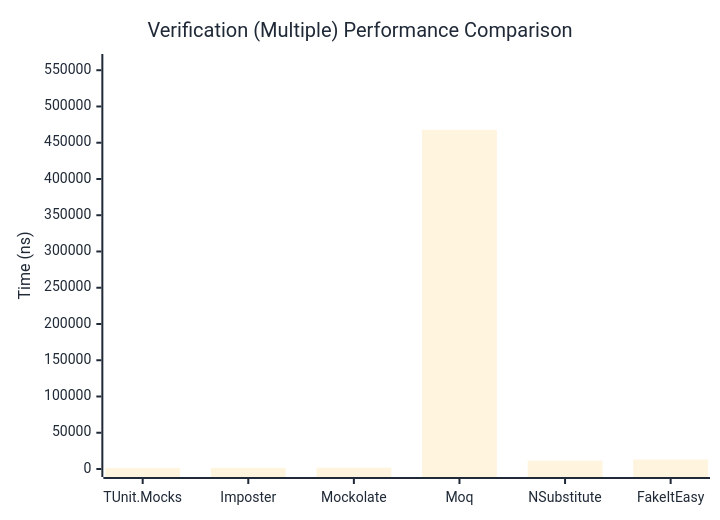
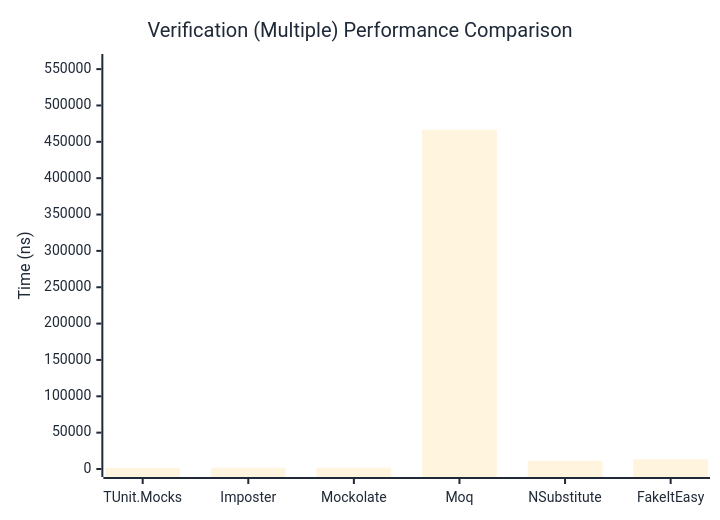
The third of 3 diagrams in docs/docs/benchmarks/mocks/Verification.md (thomhurst/TUnit), drawn with Mermaid before and after one commit. The commit also changed other lines of this file and 14 other files, not shown here.

````diff
--- a/docs/docs/benchmarks/mocks/Verification.md
+++ b/docs/docs/benchmarks/mocks/Verification.md
@@ -110,27 +110,27 @@
 ```mermaid
 %%{init: {
   'theme':'base',
   'themeVariables': {
     'primaryColor': '#2563eb',
     'primaryTextColor': '#1f2937',
     'primaryBorderColor': '#1e40af',
     'lineColor': '#6b7280',
     'secondaryColor': '#7c3aed',
     'tertiaryColor': '#dc2626',
     'background': '#ffffff',
     'pie1': '#2563eb',
     'pie2': '#7c3aed',
     'pie3': '#dc2626',
     'pie4': '#f59e0b',
     'pie5': '#10b981',
     'pie6': '#06b6d4',
     'pie7': '#ec4899',
     'pie8': '#6366f1'
   }
 }}%%
 xychart-beta
   title "Verification (Multiple) Performance Comparison"
   x-axis ["TUnit.Mocks", "Imposter", "Mockolate", "Moq", "NSubstitute", "FakeItEasy"]
-  y-axis "Time (ns)" 0 --> 561329
-  bar [1361.26, 1688.19, 1829.03, 467773.53, 11427.27, 13009.05]
+  y-axis "Time (ns)" 0 --> 559786
+  bar [1349.02, 1761.95, 1762.67, 466487.99, 11333.51, 13367.17]
 ```
````
